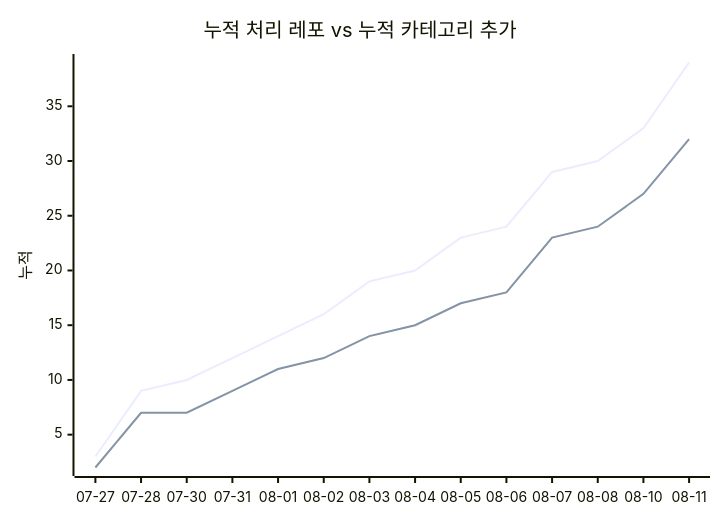
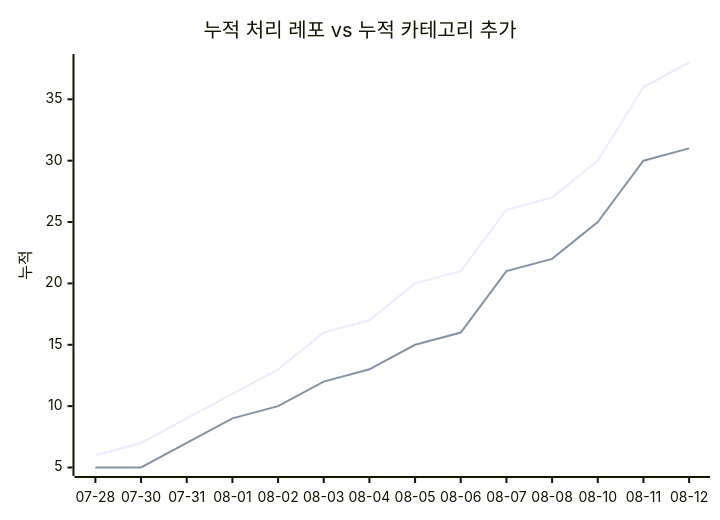
One commit to J-nowcow/awesome-korean-agent-skills changed the second of 2 diagrams in docs/trends.md. Above: the diagram before and after it, drawn with Mermaid. The commit also changed other lines of this file and 4 other files, not shown here.

````diff
--- a/docs/trends.md
+++ b/docs/trends.md
@@ -68,8 +68,8 @@
 ```mermaid
 xychart-beta
     title "누적 처리 레포 vs 누적 카테고리 추가"
-    x-axis ["07-27","07-28","07-30","07-31","08-01","08-02","08-03","08-04","08-05","08-06","08-07","08-08","08-10","08-11"]
+    x-axis ["07-28","07-30","07-31","08-01","08-02","08-03","08-04","08-05","08-06","08-07","08-08","08-10","08-11","08-12"]
     y-axis "누적"
-    line [3,9,10,12,14,16,19,20,23,24,29,30,33,39]
-    line [2,7,7,9,11,12,14,15,17,18,23,24,27,32]
+    line [6,7,9,11,13,16,17,20,21,26,27,30,36,38]
+    line [5,5,7,9,10,12,13,15,16,21,22,25,30,31]
 ```
````
